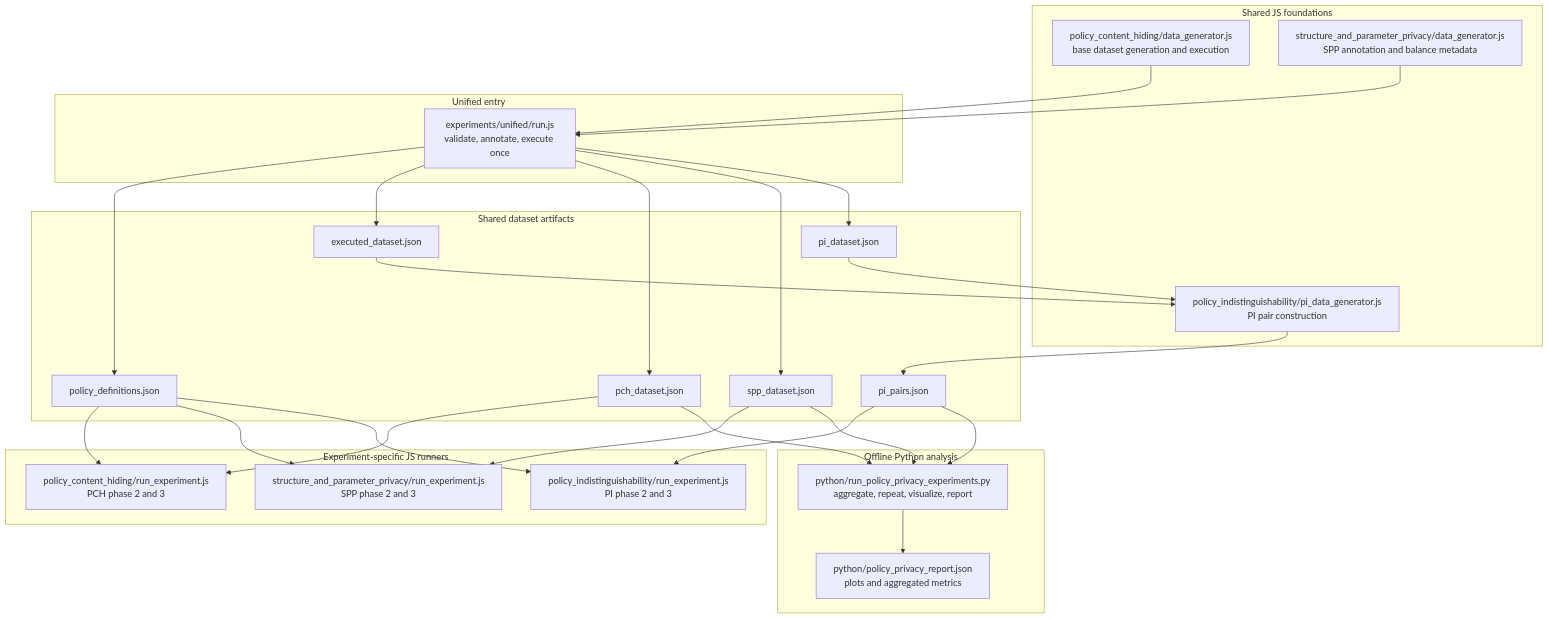
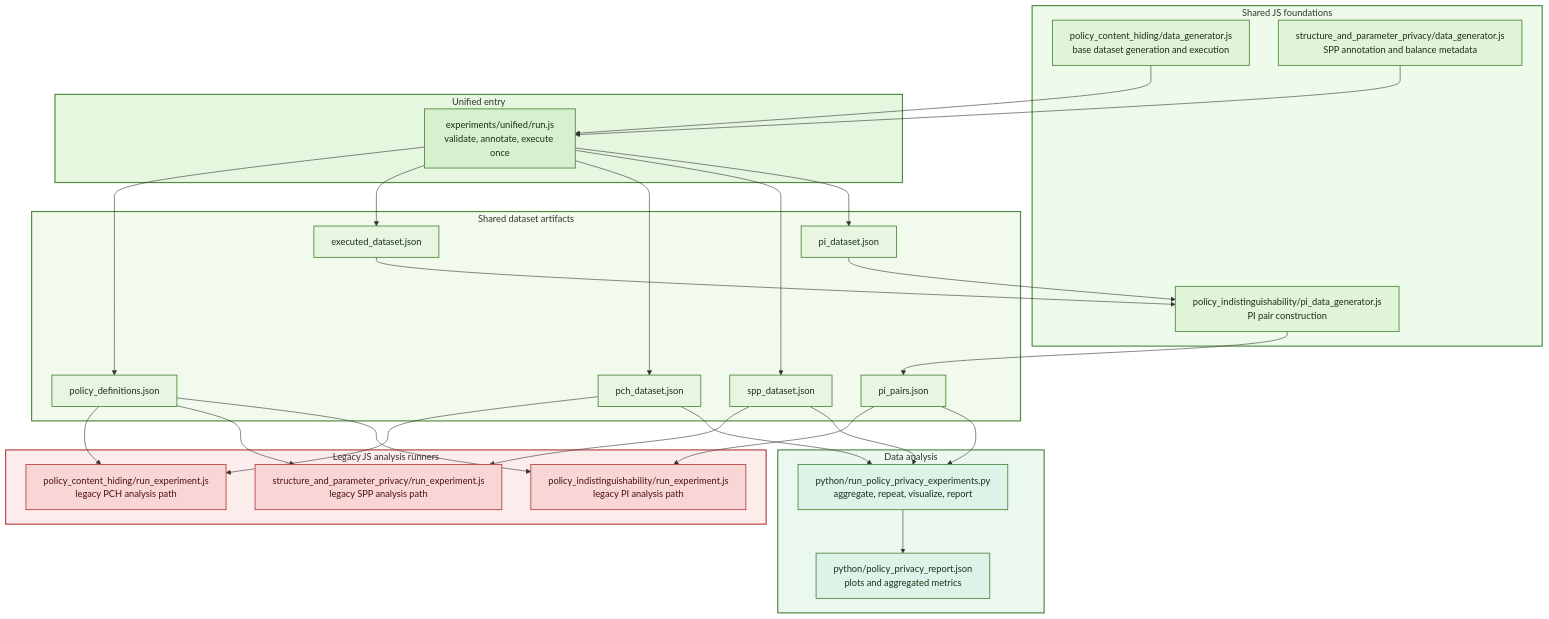
One commit to klifish/policy_privacy changed the diagram in docs/EXPERIMENT_PIPELINE_RELATIONSHIP.md. Above: the diagram before and after it, drawn with Mermaid. The commit also changed other lines of this file, not shown here.

Commit message:
Update experiment pipeline diagram styling

````diff
--- a/docs/EXPERIMENT_PIPELINE_RELATIONSHIP.md
+++ b/docs/EXPERIMENT_PIPELINE_RELATIONSHIP.md
@@ -5,58 +5,76 @@
 ```mermaid
 flowchart TD
     subgraph SharedCore["Shared JS foundations"]
         DG["policy_content_hiding/data_generator.js<br/>base dataset generation and execution"]
         SPPMeta["structure_and_parameter_privacy/data_generator.js<br/>SPP annotation and balance metadata"]
         PIPairBuilder["policy_indistinguishability/pi_data_generator.js<br/>PI pair construction"]
     end
 
     subgraph Unified["Unified entry"]
         U["experiments/unified/run.js<br/>validate, annotate, execute once"]
     end
 
     subgraph Artifacts["Shared dataset artifacts"]
         Defs["policy_definitions.json"]
         Exec["executed_dataset.json"]
         PCH["pch_dataset.json"]
         SPP["spp_dataset.json"]
         PI["pi_dataset.json"]
         Pairs["pi_pairs.json"]
     end
 
-    subgraph JSExperiments["Experiment-specific JS runners"]
-        PCHRunner["policy_content_hiding/run_experiment.js<br/>PCH phase 2 and 3"]
-        SPPRunner["structure_and_parameter_privacy/run_experiment.js<br/>SPP phase 2 and 3"]
-        PIRunner["policy_indistinguishability/run_experiment.js<br/>PI phase 2 and 3"]
+    subgraph JSExperiments["Legacy JS analysis runners"]
+        PCHRunner["policy_content_hiding/run_experiment.js<br/>legacy PCH analysis path"]
+        SPPRunner["structure_and_parameter_privacy/run_experiment.js<br/>legacy SPP analysis path"]
+        PIRunner["policy_indistinguishability/run_experiment.js<br/>legacy PI analysis path"]
     end
 
-    subgraph PythonLayer["Offline Python analysis"]
+    subgraph PythonLayer["Data analysis"]
         PyRunner["python/run_policy_privacy_experiments.py<br/>aggregate, repeat, visualize, report"]
         PyOutput["python/policy_privacy_report.json<br/>plots and aggregated metrics"]
     end
 
     DG --> U
     SPPMeta --> U
 
     U --> Defs
     U --> Exec
     U --> PCH
     U --> SPP
     U --> PI
 
     Defs --> PCHRunner
     PCH --> PCHRunner
 
     Defs --> SPPRunner
     SPP --> SPPRunner
 
     Defs --> PIRunner
     PI --> PIPairBuilder
     Exec --> PIPairBuilder
     PIPairBuilder --> Pairs
     Pairs --> PIRunner
 
     PCH --> PyRunner
     SPP --> PyRunner
     Pairs --> PyRunner
     PyRunner --> PyOutput
+
+    style SharedCore fill:#eefbea,stroke:#4f8a3e,stroke-width:2px
+    style Unified fill:#e5f7de,stroke:#4f8a3e,stroke-width:2px
+    style Artifacts fill:#f1faec,stroke:#4f8a3e,stroke-width:2px
+    style JSExperiments fill:#fdecec,stroke:#b54343,stroke-width:2px
+    style PythonLayer fill:#eaf8f0,stroke:#4f8a3e,stroke-width:2px
+
+    classDef core fill:#dff4d8,stroke:#4f8a3e,color:#183116,stroke-width:1.5px
+    classDef unified fill:#d8f0cf,stroke:#4f8a3e,color:#183116,stroke-width:1.5px
+    classDef artifact fill:#e8f6e1,stroke:#4f8a3e,color:#183116,stroke-width:1.5px
+    classDef legacy fill:#f9d6d6,stroke:#b54343,color:#4a1212,stroke-width:1.5px
+    classDef python fill:#def3e7,stroke:#4f8a3e,color:#183116,stroke-width:1.5px
+
+    class DG,SPPMeta,PIPairBuilder core
+    class U unified
+    class Defs,Exec,PCH,SPP,PI,Pairs artifact
+    class PCHRunner,SPPRunner,PIRunner legacy
+    class PyRunner,PyOutput python
 ```
````
